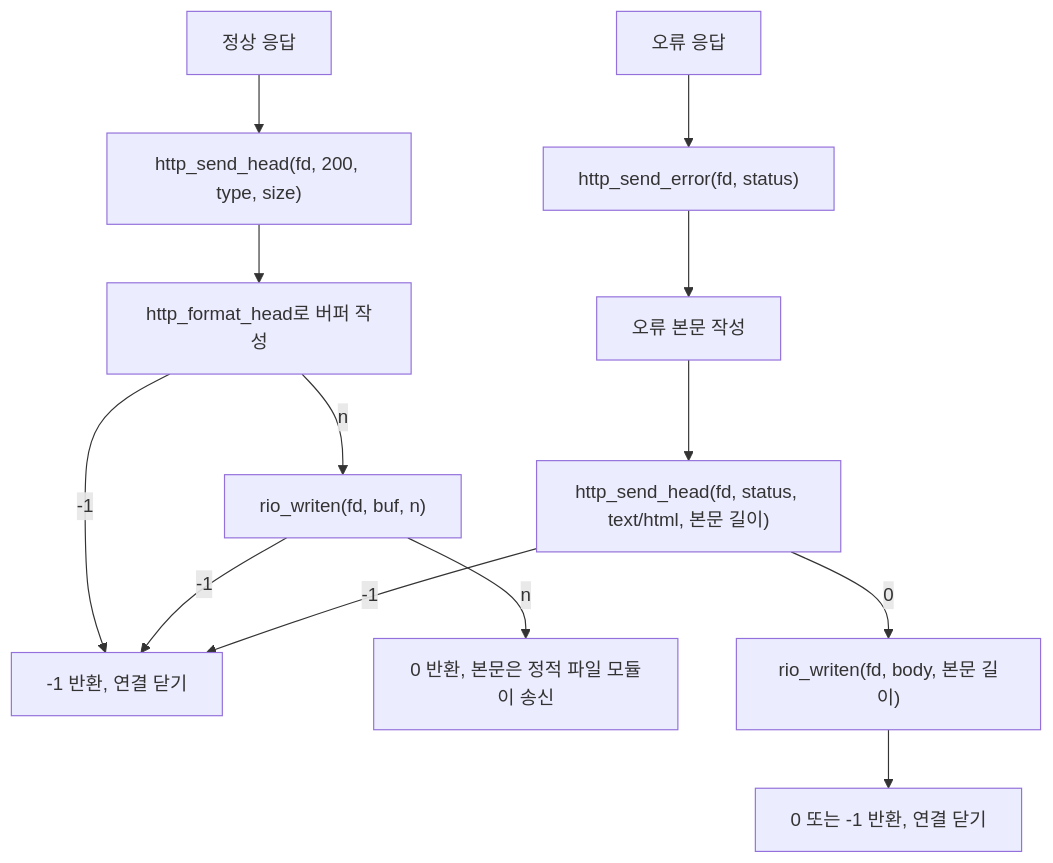
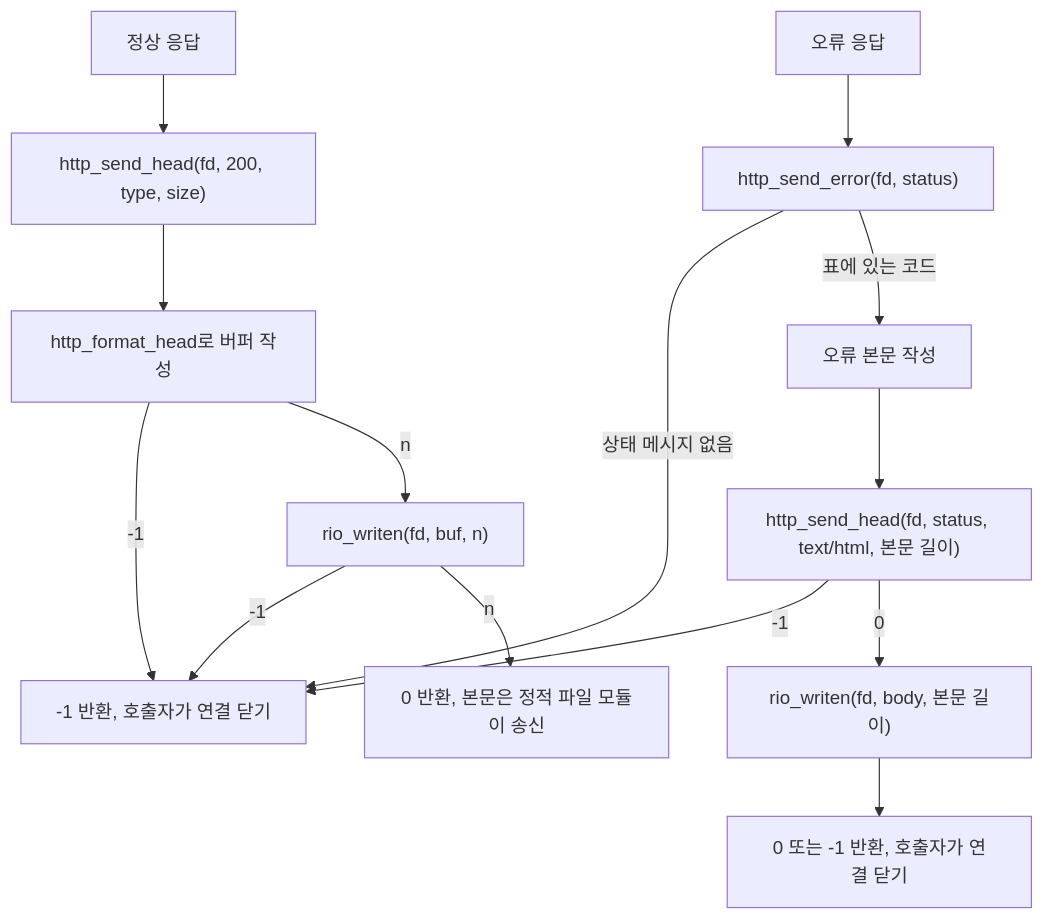
One commit to choimoohun/SW-AI-W13-Web-Server changed the diagram in docs/http-response/design.md. Above: the diagram before and after it, drawn with Mermaid. The commit also changed 7 other files, not shown here.

````diff
--- a/docs/http-response/design.md
+++ b/docs/http-response/design.md
@@ -57,15 +57,16 @@
 ```mermaid
 flowchart TD
     A["정상 응답"] --> B["http_send_head(fd, 200, type, size)"]
     B --> C["http_format_head로 버퍼 작성"]
-    C -->|"-1"| X["-1 반환, 연결 닫기"]
+    C -->|"-1"| X["-1 반환, 호출자가 연결 닫기"]
     C -->|"n"| D["rio_writen(fd, buf, n)"]
     D -->|"-1"| X
     D -->|"n"| E["0 반환, 본문은 정적 파일 모듈이 송신"]
     F["오류 응답"] --> G["http_send_error(fd, status)"]
-    G --> H["오류 본문 작성"]
+    G -->|"상태 메시지 없음"| X
+    G -->|"표에 있는 코드"| H["오류 본문 작성"]
     H --> I["http_send_head(fd, status, text/html, 본문 길이)"]
     I -->|"-1"| X
     I -->|"0"| J["rio_writen(fd, body, 본문 길이)"]
-    J --> K["0 또는 -1 반환, 연결 닫기"]
+    J --> K["0 또는 -1 반환, 호출자가 연결 닫기"]
 ```
````
